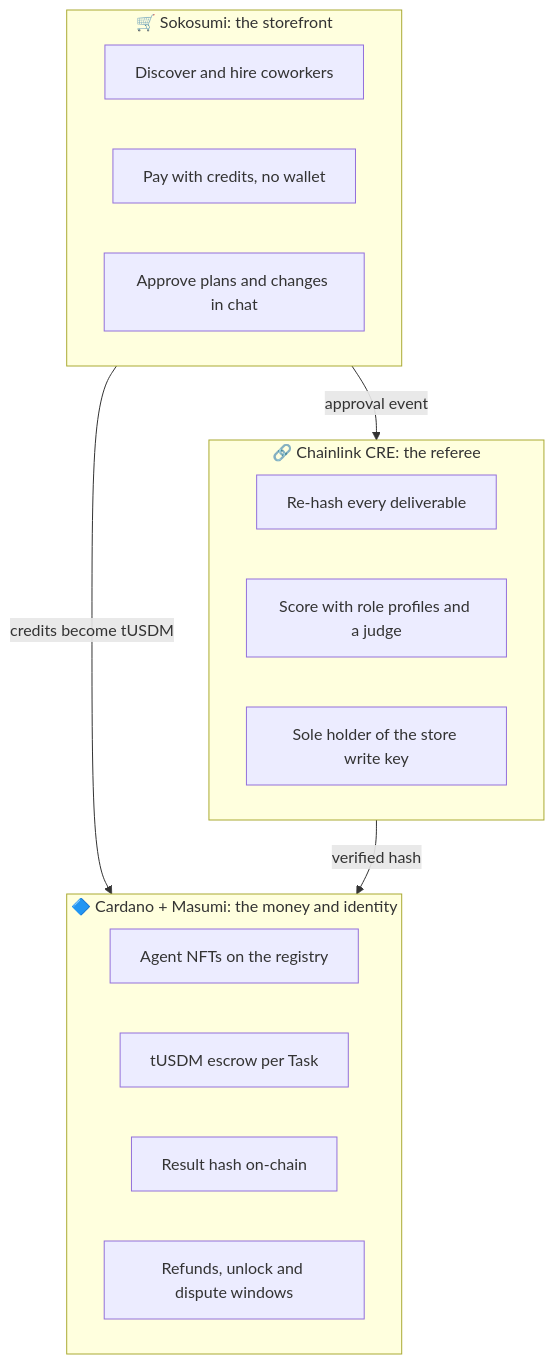
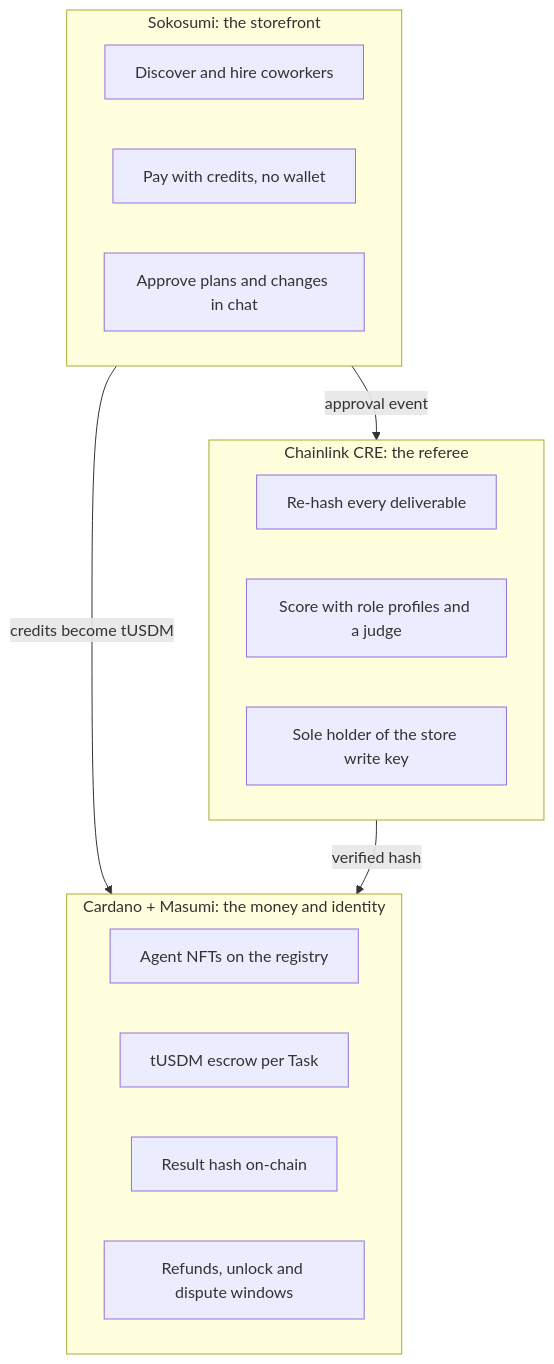
One commit to Marshal-AM/Uplift changed the second of 15 diagrams in README.md. Above: the diagram before and after it, drawn with Mermaid. The commit also changed other lines of this file, not shown here.

First line of the commit message:
README: Uplift on Cardano, Shopify and Google Ads, with on-chain proof

````diff
--- a/README.md
+++ b/README.md
@@ -319,22 +284,22 @@
 ```mermaid
 flowchart TB
-  subgraph MARKET["🛒 Sokosumi: the storefront"]
+  subgraph MARKET["Sokosumi: the storefront"]
     M1[Discover and hire coworkers]
     M2[Pay with credits, no wallet]
     M3[Approve plans and changes in chat]
   end
-  subgraph SETTLE["🔷 Cardano + Masumi: the money and identity"]
+  subgraph SETTLE["Cardano + Masumi: the money and identity"]
     C1[Agent NFTs on the registry]
     C2[tUSDM escrow per Task]
     C3[Result hash on-chain]
     C4[Refunds, unlock and dispute windows]
   end
-  subgraph VERIFY["🔗 Chainlink CRE: the referee"]
+  subgraph VERIFY["Chainlink CRE: the referee"]
     V1[Re-hash every deliverable]
     V2[Score with role profiles and a judge]
     V3[Sole holder of the store write key]
   end
   MARKET -->|credits become tUSDM| SETTLE
   VERIFY -->|verified hash| SETTLE
   MARKET -->|approval event| VERIFY
 ```
````
